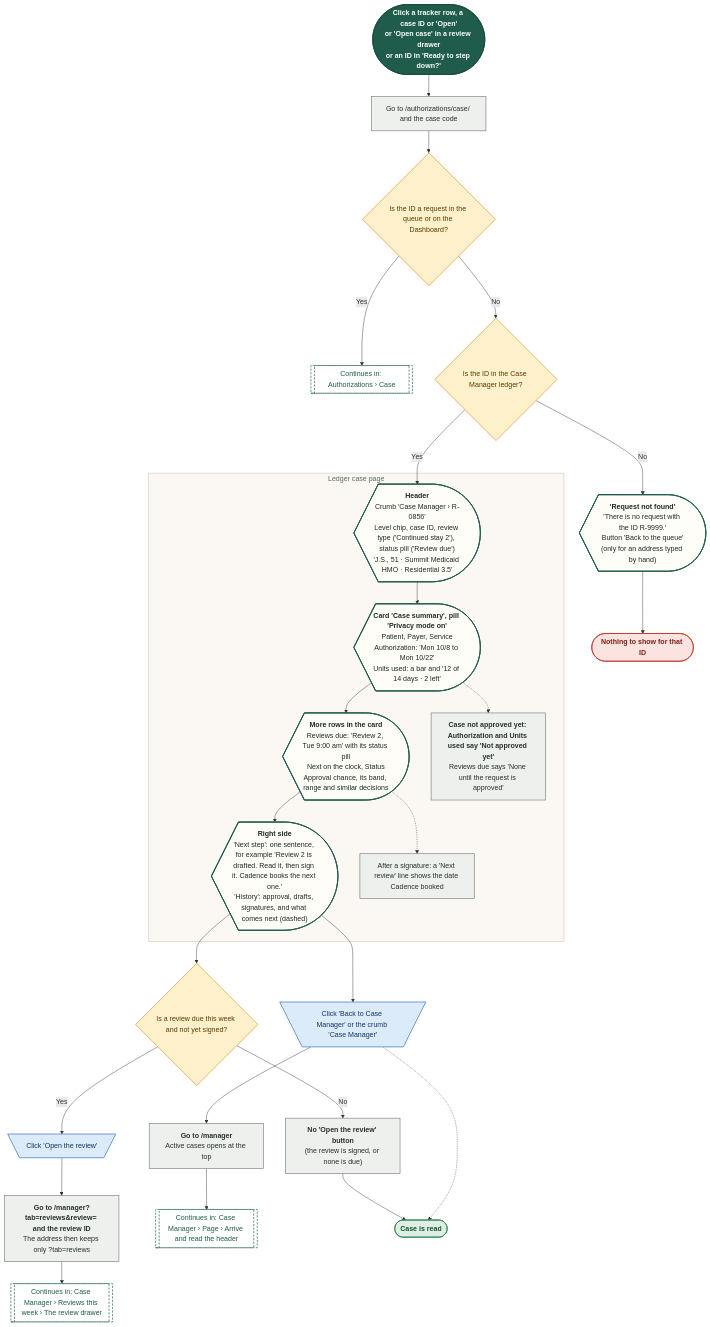
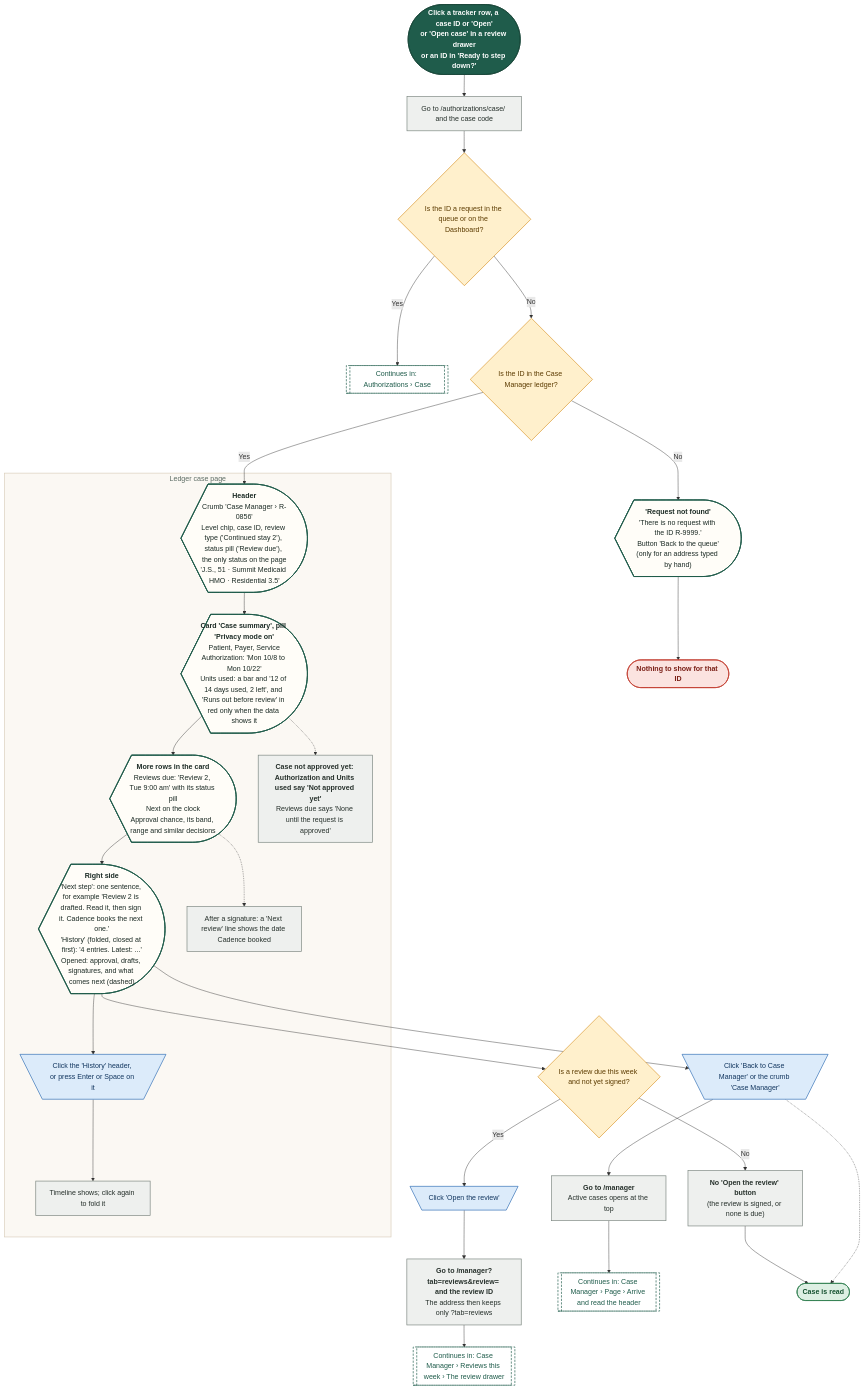
Before and after one commit to Shrav143/psyfloapp: diagram 22 of 22 in demos/prior-auth-demo/workflows/out/md/07-case-manager.md, drawn with Mermaid. The commit also changed other lines of this file and 192 other files, not shown here.

First line of the commit message:
docs: changelog by sidebar tab; README, diagrams and Settings layout aligned with the refinement; shared InfoTip; referral cost-share line

````diff
--- a/demos/prior-auth-demo/workflows/out/md/07-case-manager.md
+++ b/demos/prior-auth-demo/workflows/out/md/07-case-manager.md
@@ -1529,66 +1614,69 @@
 ```mermaid
 %%{init: {"theme":"base","themeVariables":{"fontFamily":"'DM Sans', 'Segoe UI', system-ui, sans-serif","fontSize":"15px","lineColor":"#5B6B63","primaryTextColor":"#1C2B25","clusterBkg":"#FBF8F3","clusterBorder":"#D9CDBB","edgeLabelBackground":"#FFFFFF"},"flowchart":{"curve":"basis","nodeSpacing":36,"rankSpacing":48,"padding":12,"htmlLabels":true,"useMaxWidth":false,"wrappingWidth":230}} }%%
 flowchart TD
   classDef k_start fill:#1F5C4B,stroke:#174638,color:#FFFFFF,stroke-width:1.5px,font-weight:600
   classDef k_end fill:#DDEFE3,stroke:#2E7D4F,color:#14502F,stroke-width:1.5px,font-weight:600
   classDef k_endx fill:#FBE3E0,stroke:#C0392B,color:#7A1F16,stroke-width:1.5px,font-weight:600
   classDef k_screen fill:#FFFDF8,stroke:#1F5C4B,color:#1C2B25,stroke-width:2px
   classDef k_overlay fill:#F1F7F3,stroke:#1F5C4B,color:#1C2B25,stroke-width:2px,stroke-dasharray:5 3
   classDef k_click fill:#DCEBFA,stroke:#2F6DB5,color:#12365F,stroke-width:1.5px
   classDef k_input fill:#E4E7FF,stroke:#4C5FD5,color:#1D2670,stroke-width:1.5px
   classDef k_process fill:#EEF0EE,stroke:#7A857F,color:#26302B,stroke-width:1.5px
   classDef k_agent fill:#EEE5FA,stroke:#7A4FC2,color:#341A63,stroke-width:1.5px
   classDef k_decision fill:#FFF0CC,stroke:#D9962B,color:#5C3B00,stroke-width:1.5px
   classDef k_store fill:#D5F0EA,stroke:#1C8E7B,color:#0B4A3F,stroke-width:1.5px
   classDef k_doc fill:#F6E9DC,stroke:#B07A4C,color:#4A2E14,stroke-width:1.5px
   classDef k_ext fill:#FFE6D2,stroke:#E07B39,color:#6B2F06,stroke-width:1.5px
   classDef k_wait fill:#E4E8EE,stroke:#6B7C93,color:#26303D,stroke-width:1.5px
   classDef k_toast fill:#FFF9DB,stroke:#C9A400,color:#5A4A00,stroke-width:1.5px
   classDef k_goto fill:#FFFFFF,stroke:#1F5C4B,color:#1F5C4B,stroke-width:1.5px,stroke-dasharray:5 3
   s1@{ shape: stadium, label: "<b>Click a tracker row, a case ID or 'Open'</b><br/>or 'Open case' in a review drawer<br/>or an ID in 'Ready to step down?'" }
   p1@{ shape: rect, label: "Go to /authorizations/case/ and the case code" }
   d1@{ shape: diam, label: "Is the ID a request in the queue or on the Dashboard?" }
   g1@{ shape: subproc, label: "Continues in: Authorizations › Case" }
   d2@{ shape: diam, label: "Is the ID in the Case Manager ledger?" }
   n1@{ shape: curv-trap, label: "<b>'Request not found'</b><br/>'There is no request with the ID R-9999.'<br/>Button 'Back to the queue'<br/>(only for an address typed by hand)" }
   e2@{ shape: stadium, label: "Nothing to show for that ID" }
   subgraph gPage ["Ledger case page"]
-  h1@{ shape: curv-trap, label: "<b>Header</b><br/>Crumb 'Case Manager › R-0856'<br/>Level chip, case ID, review type ('Continued stay 2'), status pill ('Review due')<br/>'J.S., 51 · Summit Medicaid HMO · Residential 3.5'" }
-  m1@{ shape: curv-trap, label: "<b>Card 'Case summary', pill 'Privacy mode on'</b><br/>Patient, Payer, Service<br/>Authorization: 'Mon 10/8 to Mon 10/22'<br/>Units used: a bar and '12 of 14 days · 2 left'" }
-  m2@{ shape: curv-trap, label: "<b>More rows in the card</b><br/>Reviews due: 'Review 2, Tue 9:00 am' with its status pill<br/>Next on the clock, Status<br/>Approval chance, its band, range and similar decisions" }
-  r1@{ shape: curv-trap, label: "<b>Right side</b><br/>'Next step': one sentence, for example 'Review 2 is drafted. Read it, then sign it. Cadence books the next one.'<br/>'History': approval, drafts, signatures, and what comes next (dashed)" }
+  h1@{ shape: curv-trap, label: "<b>Header</b><br/>Crumb 'Case Manager › R-0856'<br/>Level chip, case ID, review type ('Continued stay 2'), status pill ('Review due'), the only status on the page<br/>'J.S., 51 · Summit Medicaid HMO · Residential 3.5'" }
+  m1@{ shape: curv-trap, label: "<b>Card 'Case summary', pill 'Privacy mode on'</b><br/>Patient, Payer, Service<br/>Authorization: 'Mon 10/8 to Mon 10/22'<br/>Units used: a bar and '12 of 14 days used, 2 left', and 'Runs out before review' in red only when the data shows it" }
+  m2@{ shape: curv-trap, label: "<b>More rows in the card</b><br/>Reviews due: 'Review 2, Tue 9:00 am' with its status pill<br/>Next on the clock<br/>Approval chance, its band, range and similar decisions" }
+  r1@{ shape: curv-trap, label: "<b>Right side</b><br/>'Next step': one sentence, for example 'Review 2 is drafted. Read it, then sign it. Cadence books the next one.'<br/>'History' (folded, closed at first): '4 entries. Latest: ...'<br/>Opened: approval, drafts, signatures, and what comes next (dashed)" }
+  ch@{ shape: trap-t, label: "Click the 'History' header, or press Enter or Space on it" }
+  pch@{ shape: rect, label: "Timeline shows; click again to fold it" }
   u1@{ shape: rect, label: "<b>Case not approved yet: Authorization and Units used say 'Not approved yet'</b><br/>Reviews due says 'None until the request is approved'" }
   u2@{ shape: rect, label: "After a signature: a 'Next review' line shows the date Cadence booked" }
   end
   d3@{ shape: diam, label: "Is a review due this week and not yet signed?" }
   c1@{ shape: trap-t, label: "Click 'Open the review'" }
   p2@{ shape: rect, label: "<b>Go to /manager?tab=reviews&review= and the review ID</b><br/>The address then keeps only ?tab=reviews" }
   g2@{ shape: subproc, label: "Continues in: Case Manager › Reviews this week › The review drawer" }
   p3@{ shape: rect, label: "<b>No 'Open the review' button</b><br/>(the review is signed, or none is due)" }
   c2@{ shape: trap-t, label: "Click 'Back to Case Manager' or the crumb 'Case Manager'" }
   p4@{ shape: rect, label: "<b>Go to /manager</b><br/>Active cases opens at the top" }
   g3@{ shape: subproc, label: "Continues in: Case Manager › Page › Arrive and read the header" }
   e1@{ shape: stadium, label: "Case is read" }
   s1 --> p1 --> d1
   d1 -->|"Yes"| g1
   d1 -->|"No"| d2
   d2 -->|"No"| n1 --> e2
   d2 -->|"Yes"| h1 --> m1 --> m2 --> r1
+  r1 --> ch --> pch
   m1 -.-> u1
   m2 -.-> u2
   r1 --> d3
   d3 -->|"Yes"| c1 --> p2 --> g2
   d3 -->|"No"| p3
   r1 --> c2 --> p4 --> g3
   p3 --> e1
   c2 -.-> e1
   class s1 k_start
-  class p1,u1,u2,p2,p3,p4 k_process
+  class p1,pch,u1,u2,p2,p3,p4 k_process
   class d1,d2,d3 k_decision
   class g1,g2,g3 k_goto
   class n1,h1,m1,m2,r1 k_screen
   class e2 k_endx
-  class c1,c2 k_click
+  class ch,c1,c2 k_click
   class e1 k_end
   style gPage fill:#FBF8F3,stroke:#D9CDBB,stroke-width:1.5px,color:#5B6B63
 ```
````
